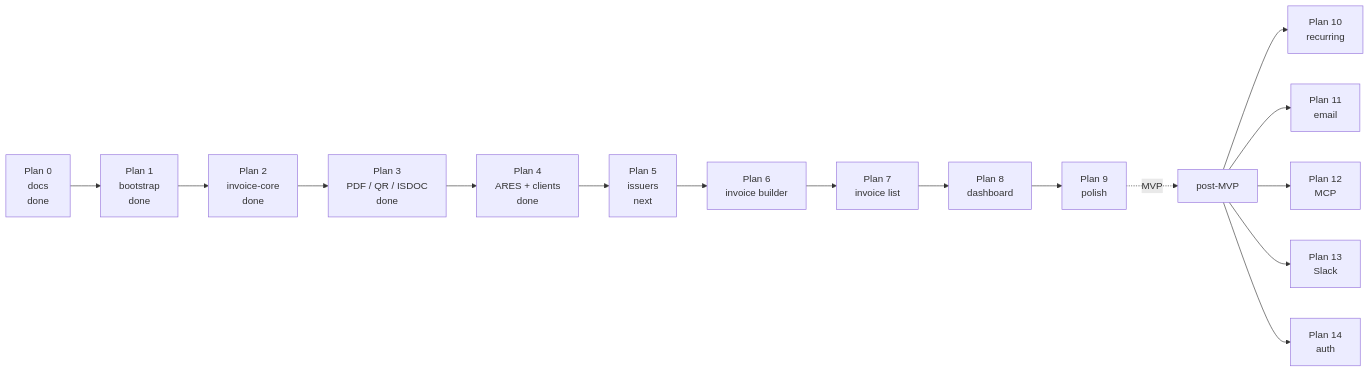
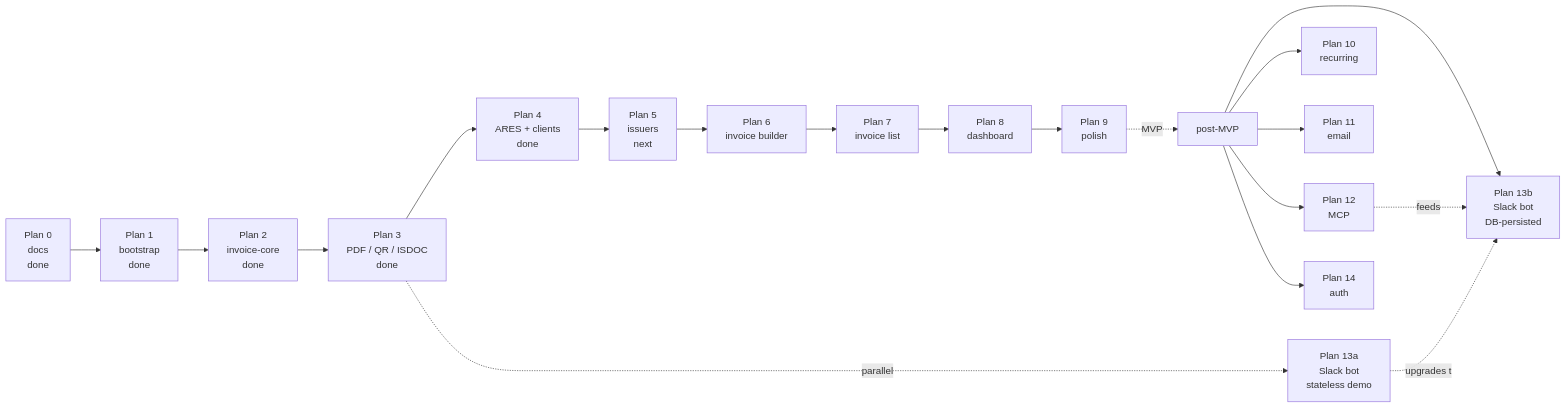
Before and after one commit to filipditrich/inveoiceyai: the diagram in docs/roadmap.md, drawn with Mermaid. The commit also changed other lines of this file and 4 other files, not shown here.

First line of the commit message:
docs(docs): plan Slack bot stateless demo (Plan 13a)

````diff
--- a/docs/roadmap.md
+++ b/docs/roadmap.md
@@ -7,18 +7,21 @@
 ```mermaid
 flowchart LR
     P0["Plan 0<br/>docs<br/>done"] --> P1["Plan 1<br/>bootstrap<br/>done"]
     P1 --> P2["Plan 2<br/>invoice-core<br/>done"]
     P2 --> P3["Plan 3<br/>PDF / QR / ISDOC<br/>done"]
     P3 --> P4["Plan 4<br/>ARES + clients<br/>done"]
     P4 --> P5["Plan 5<br/>issuers<br/>next"]
     P5 --> P6["Plan 6<br/>invoice builder"]
     P6 --> P7["Plan 7<br/>invoice list"]
     P7 --> P8["Plan 8<br/>dashboard"]
     P8 --> P9["Plan 9<br/>polish"]
+    P3 -.parallel.-> P13a["Plan 13a<br/>Slack bot<br/>stateless demo"]
     P9 -.MVP.-> Post["post-MVP"]
     Post --> P10["Plan 10<br/>recurring"]
     Post --> P11["Plan 11<br/>email"]
     Post --> P12["Plan 12<br/>MCP"]
-    Post --> P13["Plan 13<br/>Slack"]
+    Post --> P13b["Plan 13b<br/>Slack bot<br/>DB-persisted"]
     Post --> P14["Plan 14<br/>auth"]
+    P12 -.feeds.-> P13b
+    P13a -.upgrades to.-> P13b
 ```
````
